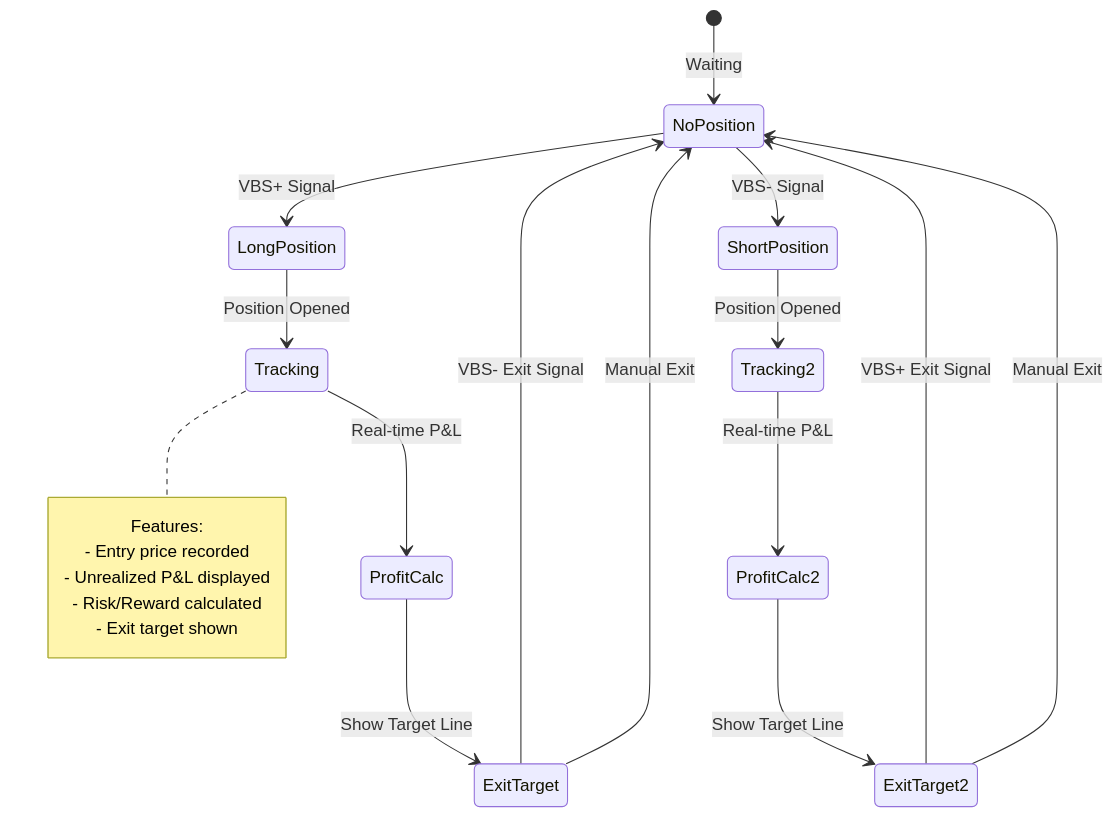
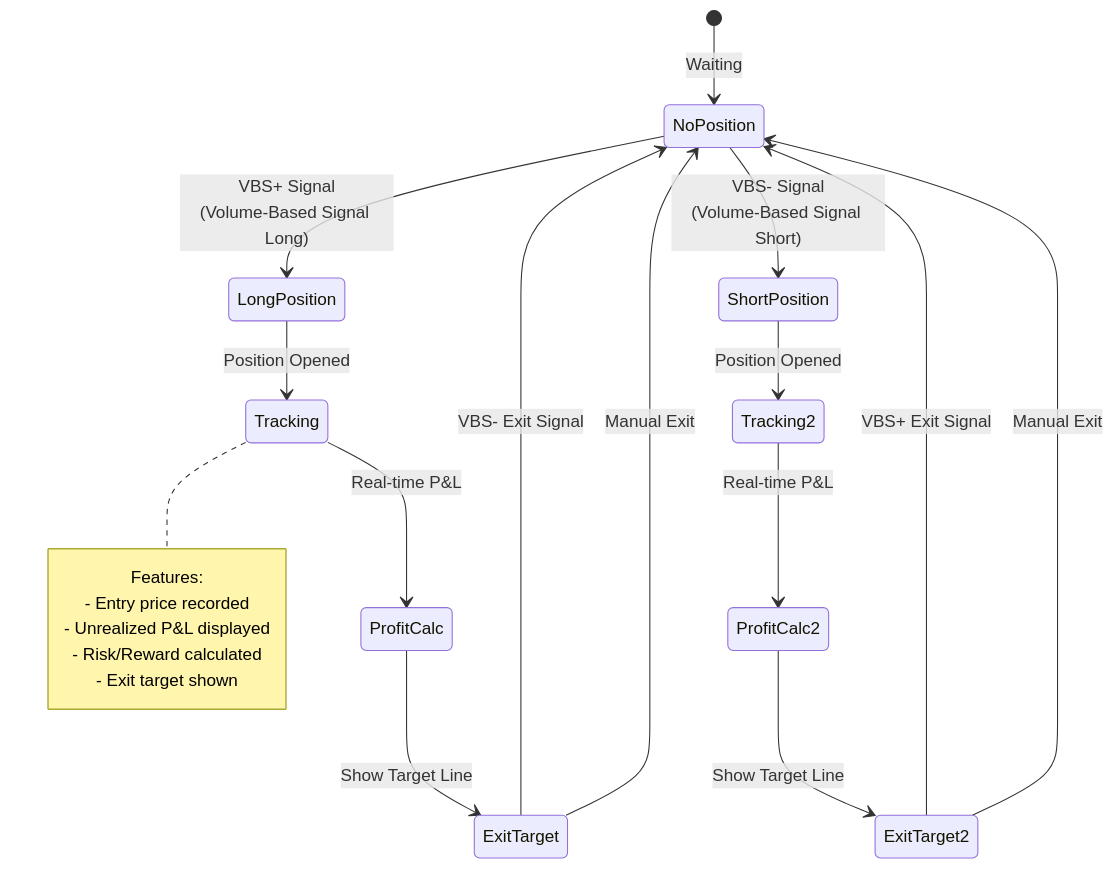
Before and after one commit to Signalpilot/signalpilot-docs: the fifth of 12 diagrams in MERMAID_DIAGRAMS.md, drawn with Mermaid. The commit also changed other lines of this file and 3 other files, not shown here.

````diff
--- a/MERMAID_DIAGRAMS.md
+++ b/MERMAID_DIAGRAMS.md
@@ -160,29 +164,29 @@
 ```mermaid
 stateDiagram-v2
     [*] --> NoPosition: Waiting
 
-    NoPosition --> LongPosition: VBS+ Signal
-    NoPosition --> ShortPosition: VBS- Signal
+    NoPosition --> LongPosition: VBS+ Signal<br/>(Volume-Based Signal Long)
+    NoPosition --> ShortPosition: VBS- Signal<br/>(Volume-Based Signal Short)
 
     LongPosition --> Tracking: Position Opened
     Tracking --> ProfitCalc: Real-time P&L
     ProfitCalc --> ExitTarget: Show Target Line
 
     ExitTarget --> NoPosition: VBS- Exit Signal
     ExitTarget --> NoPosition: Manual Exit
 
     ShortPosition --> Tracking2: Position Opened
     Tracking2 --> ProfitCalc2: Real-time P&L
     ProfitCalc2 --> ExitTarget2: Show Target Line
 
     ExitTarget2 --> NoPosition: VBS+ Exit Signal
     ExitTarget2 --> NoPosition: Manual Exit
 
     note right of Tracking
         Features:
         - Entry price recorded
         - Unrealized P&L displayed
         - Risk/Reward calculated
         - Exit target shown
     end note
 ```
````
